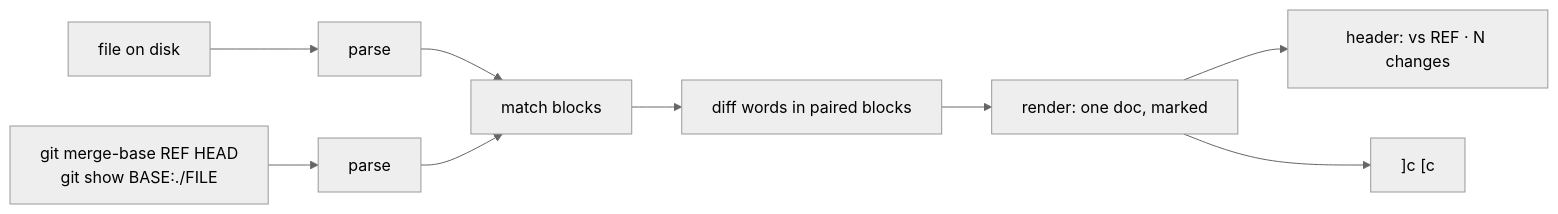
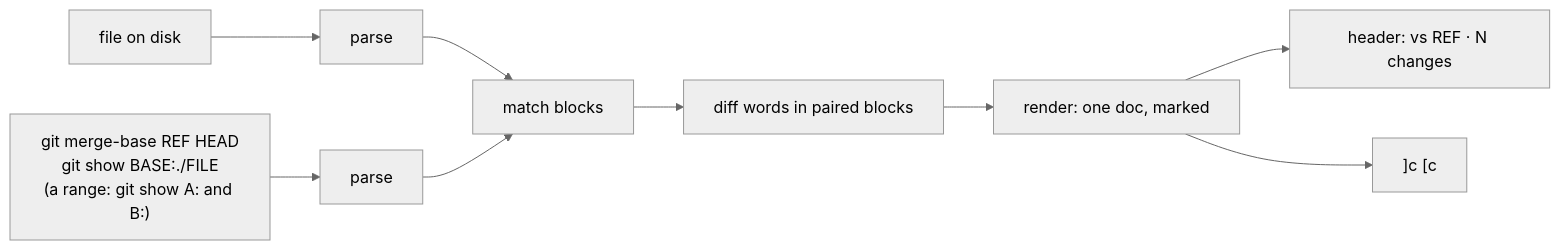
Before and after one commit to tampopogk/kanna: the diagram in docs/specs/markdown-diff.md, drawn with Mermaid (neutral theme). The commit also changed other lines of this file and 10 other files, not shown here.

````diff
--- a/docs/specs/markdown-diff.md
+++ b/docs/specs/markdown-diff.md
@@ -61,11 +66,11 @@
 ```mermaid
 flowchart LR
     F[file on disk] --> P1[parse]
-    G["git merge-base REF HEAD<br/>git show BASE:./FILE"] --> P2[parse]
+    G["git merge-base REF HEAD<br/>git show BASE:./FILE<br/>(a range: git show A: and B:)"] --> P2[parse]
     P1 --> B[match blocks]
     P2 --> B
     B --> W[diff words in paired blocks]
     W --> R[render: one doc, marked]
     R --> H["header: vs REF · N changes"]
     R --> K["]c [c"]
 ```
````
